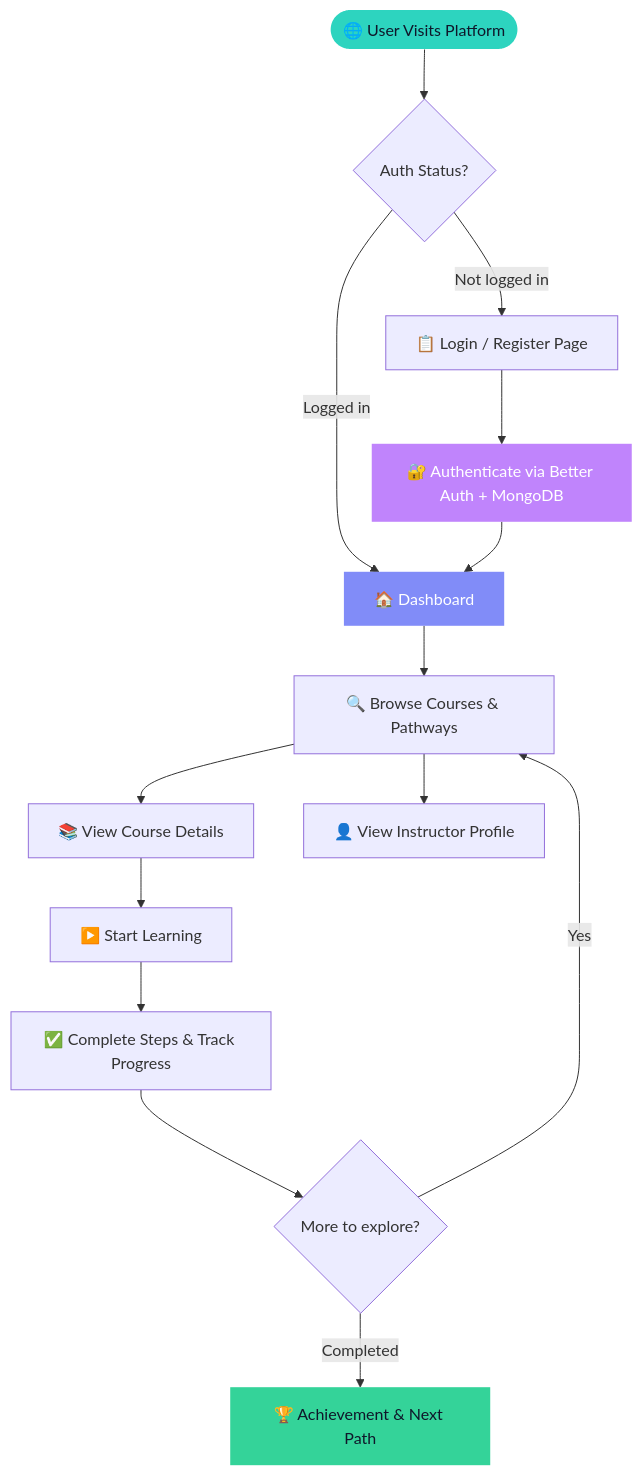
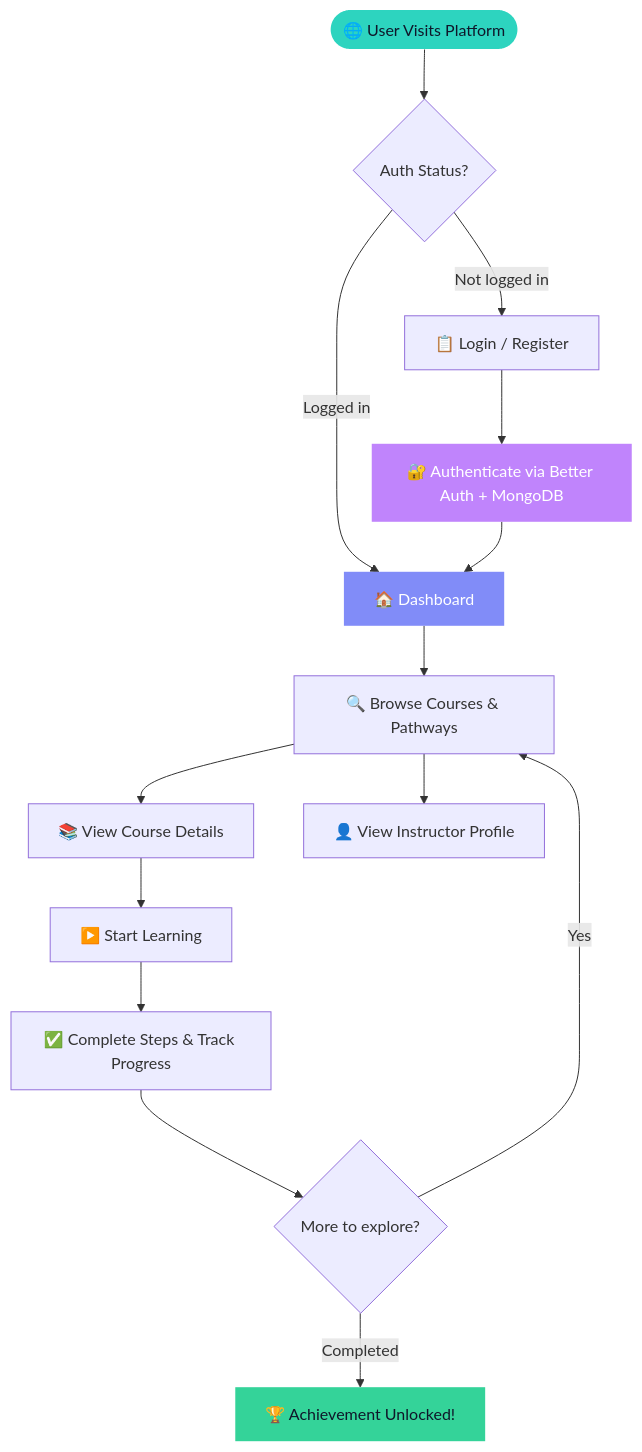
Before and after one commit to wazed-md-abdul/SkillSphareOnlinePlatform: the diagram in README.md, drawn with Mermaid. The commit also changed other lines of this file, not shown here.

````diff
--- a/README.md
+++ b/README.md
@@ -211,26 +214,26 @@
 ```mermaid
 flowchart TD
   A([🌐 User Visits Platform]) --> B{Auth Status?}
 
-  B -->|Not logged in| C[📋 Login / Register Page]
+  B -->|Not logged in| C[📋 Login / Register]
   B -->|Logged in| D[🏠 Dashboard]
 
   C --> E[🔐 Authenticate via Better Auth + MongoDB]
   E --> D
 
   D --> F[🔍 Browse Courses & Pathways]
   F --> G[📚 View Course Details]
   F --> H[👤 View Instructor Profile]
 
   G --> I[▶️ Start Learning]
   I --> J[✅ Complete Steps & Track Progress]
   J --> K{More to explore?}
 
   K -->|Yes| F
-  K -->|Completed| L[🏆 Achievement & Next Path]
+  K -->|Completed| L[🏆 Achievement Unlocked!]
 
   style A fill:#2DD4BF,color:#0F172A,stroke:none
   style D fill:#818CF8,color:#fff,stroke:none
   style L fill:#34D399,color:#0F172A,stroke:none
   style E fill:#C084FC,color:#fff,stroke:none
 ```
````
